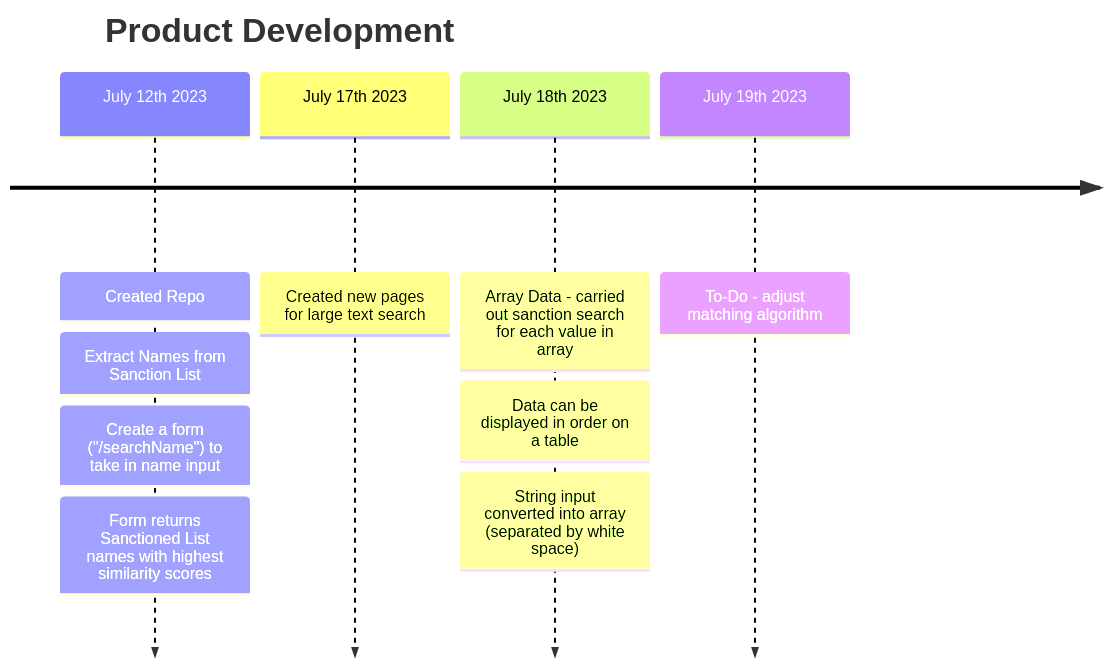
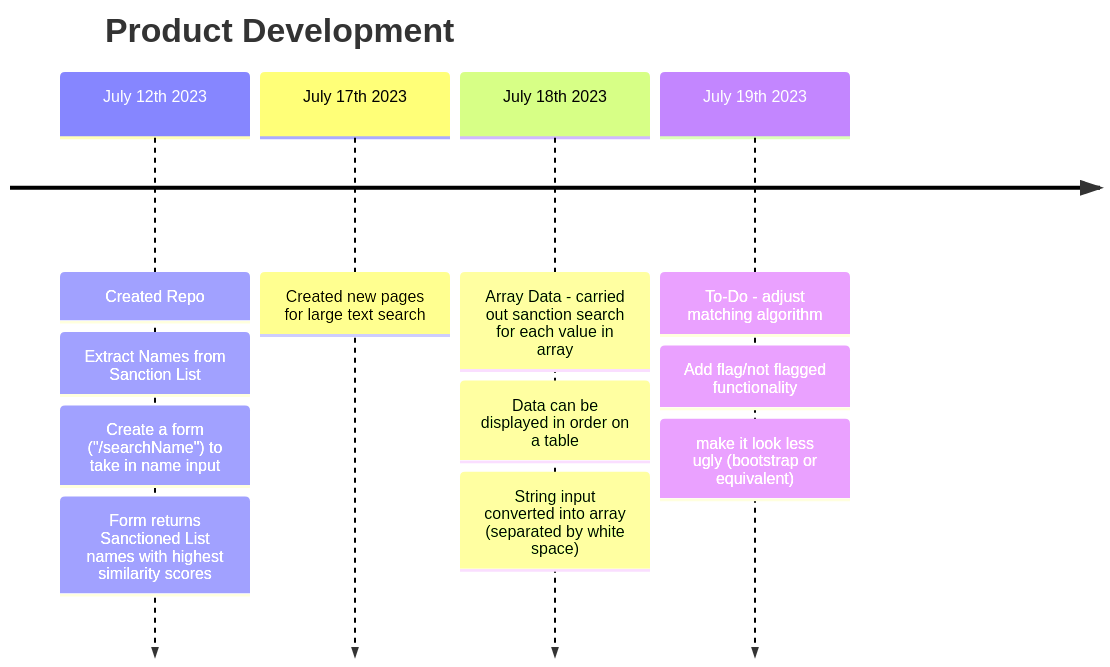
Before and after one commit to james-csy/sanctionlistchecker: the diagram in README.md, drawn with Mermaid.

````diff
--- a/README.md
+++ b/README.md
@@ -6,8 +6,8 @@
 ```mermaid
 timeline
     title Product Development
     July 12th 2023: Created Repo: Extract Names from Sanction List: Create a form ("/searchName") to take in name input: Form returns Sanctioned List names with highest similarity scores
     July 17th 2023: Created new pages for large text search
     July 18th 2023: Array Data - carried out sanction search for each value in array: Data can be displayed in order on a table: String input converted into array (separated by white space)
-    July 19th 2023: To-Do - adjust matching algorithm
+    July 19th 2023: To-Do - adjust matching algorithm: Add flag/not flagged functionality: make it look less ugly (bootstrap or equivalent)
 ```
````
